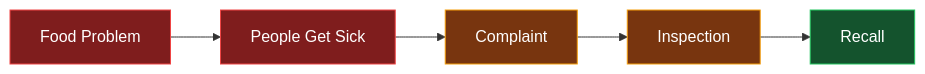
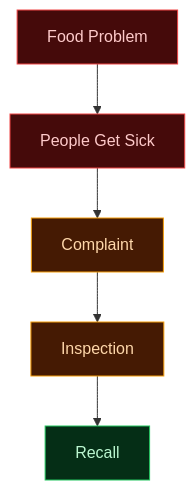
Before and after one commit to codeejb/Foodguard: the first of 14 diagrams in README.md, drawn with Mermaid. The commit also changed other lines of this file, not shown here.

````diff
--- a/README.md
+++ b/README.md
@@ -28,9 +69,12 @@
 ```mermaid
-flowchart LR
-    A[Food Problem] --> B[People Get Sick] --> C[Complaint] --> D[Inspection] --> E[Recall]
-    style A fill:#7f1d1d,stroke:#ef4444,color:#fff
-    style B fill:#7f1d1d,stroke:#ef4444,color:#fff
-    style C fill:#78350f,stroke:#f59e0b,color:#fff
-    style D fill:#78350f,stroke:#f59e0b,color:#fff
-    style E fill:#14532d,stroke:#22c55e,color:#fff
+flowchart TD
+    A[Food Problem] --> B[People Get Sick]
+    B --> C[Complaint]
+    C --> D[Inspection]
+    D --> E[Recall]
+    style A fill:#450a0a,stroke:#ef4444,color:#fecaca
+    style B fill:#450a0a,stroke:#ef4444,color:#fecaca
+    style C fill:#451a03,stroke:#f59e0b,color:#fed7aa
+    style D fill:#451a03,stroke:#f59e0b,color:#fed7aa
+    style E fill:#052e16,stroke:#22c55e,color:#bbf7d0
 ```
````
